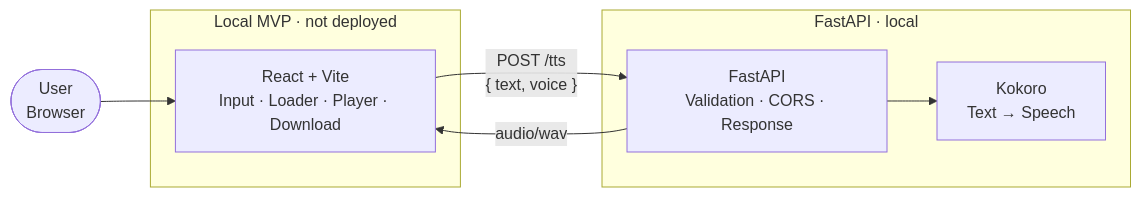
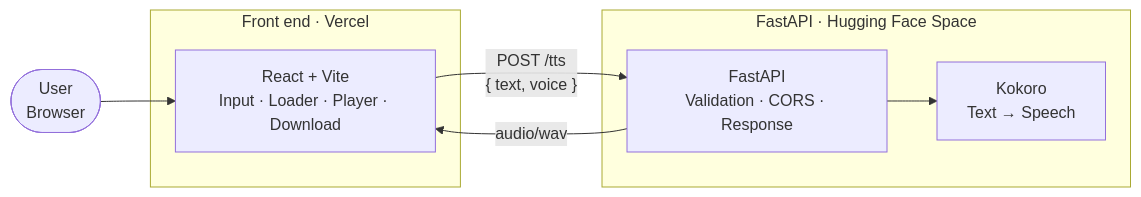
One commit to iamydgel/mora changed the diagram in README.md. Above: the diagram before and after it, drawn with Mermaid. The commit also changed other lines of this file and 1 other file, not shown here.

````diff
--- a/README.md
+++ b/README.md
@@ -140,17 +140,17 @@
 ```mermaid
 flowchart LR
     U([User<br/>Browser]) --> F
 
-    subgraph Local ["Local MVP · not deployed"]
+    subgraph Frontend ["Front end · Vercel"]
         F["React + Vite<br/>Input · Loader · Player · Download"]
     end
 
-    subgraph API ["FastAPI · local"]
+    subgraph API ["FastAPI · Hugging Face Space"]
         A["FastAPI<br/>Validation · CORS · Response"]
         M["Kokoro<br/>Text → Speech"]
         A --> M
     end
 
     F -- "POST /tts<br/>{ text, voice }" --> A
     A -- "audio/wav" --> F
 ```
````
